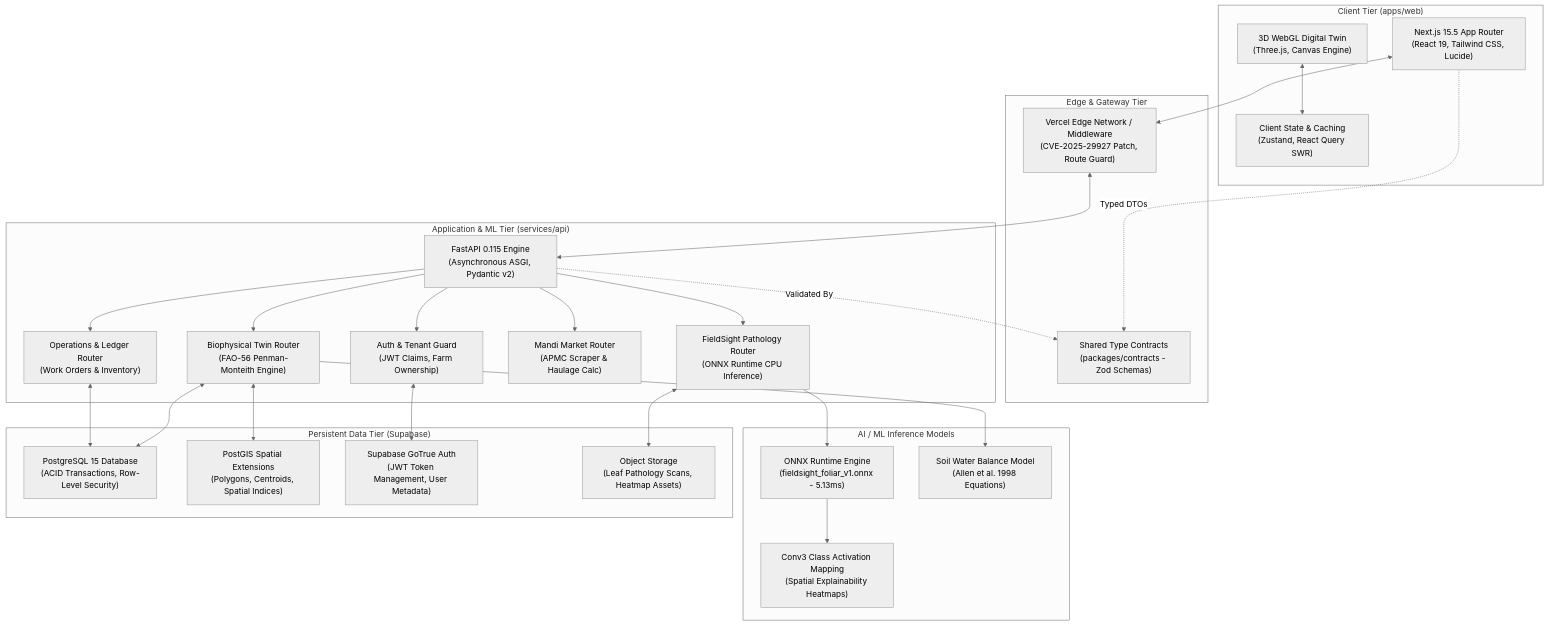
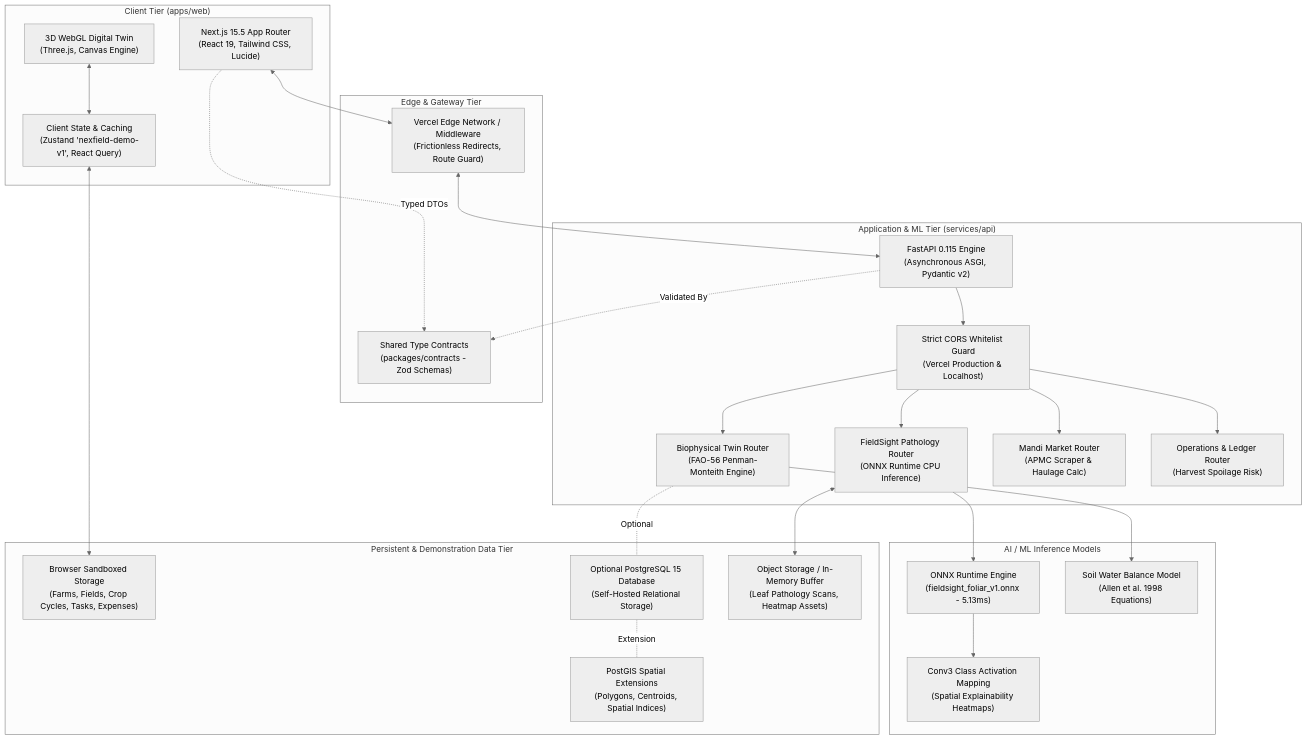
One commit to TanishBane/Nexfield changed the first of 2 diagrams in docs/ARCHITECTURE.md. Above: the diagram before and after it, drawn with Mermaid (neutral theme). The commit also changed other lines of this file and 30 other files, not shown here.

Commit message:
fix(demo): complete Supabase removal, eliminate auth backdoors, fix CORS, and wire client persistence

````diff
--- a/docs/ARCHITECTURE.md
+++ b/docs/ARCHITECTURE.md
@@ -22,58 +22,57 @@
 ```mermaid
 flowchart TB
     subgraph Client Tier ["Client Tier (apps/web)"]
         UI["Next.js 15.5 App Router<br/>(React 19, Tailwind CSS, Lucide)"]
         WebGL["3D WebGL Digital Twin<br/>(Three.js, Canvas Engine)"]
-        State["Client State & Caching<br/>(Zustand, React Query SWR)"]
+        State["Client State & Caching<br/>(Zustand 'nexfield-demo-v1', React Query)"]
     end
 
     subgraph Edge Tier ["Edge & Gateway Tier"]
-        VercelEdge["Vercel Edge Network / Middleware<br/>(CVE-2025-29927 Patch, Route Guard)"]
+        VercelEdge["Vercel Edge Network / Middleware<br/>(Frictionless Redirects, Route Guard)"]
         Contracts["Shared Type Contracts<br/>(packages/contracts - Zod Schemas)"]
     end
 
     subgraph Service Tier ["Application & ML Tier (services/api)"]
         FastAPI["FastAPI 0.115 Engine<br/>(Asynchronous ASGI, Pydantic v2)"]
-        RouterAuth["Auth & Tenant Guard<br/>(JWT Claims, Farm Ownership)"]
+        CORSSecurity["Strict CORS Whitelist Guard<br/>(Vercel Production & Localhost)"]
         RouterTwin["Biophysical Twin Router<br/>(FAO-56 Penman-Monteith Engine)"]
         RouterFieldSight["FieldSight Pathology Router<br/>(ONNX Runtime CPU Inference)"]
         RouterMarkets["Mandi Market Router<br/>(APMC Scraper & Haulage Calc)"]
-        RouterOps["Operations & Ledger Router<br/>(Work Orders & Inventory)"]
+        RouterOps["Operations & Ledger Router<br/>(Harvest Spoilage Risk)"]
     end
 
     subgraph Inference Tier ["AI / ML Inference Models"]
         ONNX["ONNX Runtime Engine<br/>(fieldsight_foliar_v1.onnx - 5.13ms)"]
         CAM["Conv3 Class Activation Mapping<br/>(Spatial Explainability Heatmaps)"]
         BioPhys["Soil Water Balance Model<br/>(Allen et al. 1998 Equations)"]
     end
 
-    subgraph Data Tier ["Persistent Data Tier (Supabase)"]
-        Postgres["PostgreSQL 15 Database<br/>(ACID Transactions, Row-Level Security)"]
+    subgraph Data Tier ["Persistent & Demonstration Data Tier"]
+        LocalStorage["Browser Sandboxed Storage<br/>(Farms, Fields, Crop Cycles, Tasks, Expenses)"]
+        Postgres["Optional PostgreSQL 15 Database<br/>(Self-Hosted Relational Storage)"]
         PostGIS["PostGIS Spatial Extensions<br/>(Polygons, Centroids, Spatial Indices)"]
-        SupaAuth["Supabase GoTrue Auth<br/>(JWT Token Management, User Metadata)"]
-        Storage["Object Storage<br/>(Leaf Pathology Scans, Heatmap Assets)"]
+        Storage["Object Storage / In-Memory Buffer<br/>(Leaf Pathology Scans, Heatmap Assets)"]
     end
 
     %% Connections
     UI <--> VercelEdge
     WebGL <--> State
+    State <--> LocalStorage
     VercelEdge <--> FastAPI
     UI -. Typed DTOs .-> Contracts
     FastAPI -. Validated By .-> Contracts
 
-    FastAPI --> RouterAuth
-    FastAPI --> RouterTwin
-    FastAPI --> RouterFieldSight
-    FastAPI --> RouterMarkets
-    FastAPI --> RouterOps
+    FastAPI --> CORSSecurity
+    CORSSecurity --> RouterTwin
+    CORSSecurity --> RouterFieldSight
+    CORSSecurity --> RouterMarkets
+    CORSSecurity --> RouterOps
 
     RouterFieldSight --> ONNX
     ONNX --> CAM
     RouterTwin --> BioPhys
 
-    RouterAuth <--> SupaAuth
-    RouterTwin <--> Postgres
-    RouterTwin <--> PostGIS
-    RouterOps <--> Postgres
+    RouterTwin -. Optional .- Postgres
+    Postgres -. Extension .- PostGIS
     RouterFieldSight <--> Storage
 ```
````
